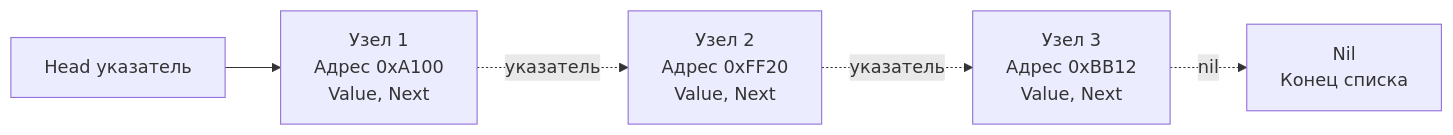
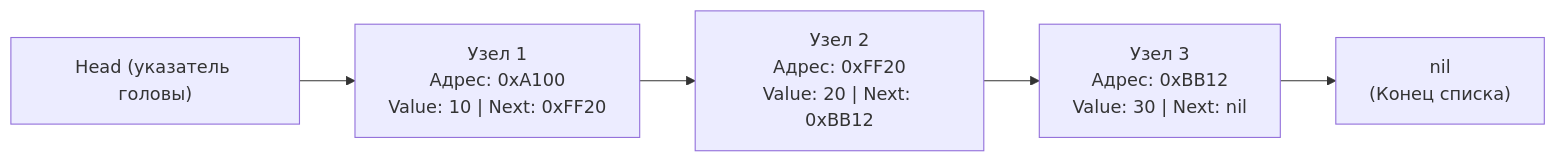
One commit to UnrealTemplier/go-textbook changed the first of 5 diagrams in sources/20. Алгоритмы и структуры данных (DSA) на Go/02. Базовые структуры данных/3. Связные списки.md. Above: the diagram before and after it, drawn with Mermaid. The commit also changed other lines of this file, not shown here.

````diff
--- a/sources/20. Алгоритмы и структуры данных (DSA) на Go/02. Базовые структуры данных/3. Связные списки.md
+++ b/sources/20. Алгоритмы и структуры данных (DSA) на Go/02. Базовые структуры данных/3. Связные списки.md
@@ -12,7 +15,7 @@
 ```mermaid
 flowchart LR
-    Head["Head указатель"] --> N1
-    N1["Узел 1<br>Адрес 0xA100<br>Value, Next"] -.->|"указатель"| N2["Узел 2<br>Адрес 0xFF20<br>Value, Next"]
-    N2 -.->|"указатель"| N3["Узел 3<br>Адрес 0xBB12<br>Value, Next"]
-    N3 -.->|"nil"| Null["Nil<br>Конец списка"]
+    Head["Head (указатель головы)"] --> N1
+    N1["Узел 1<br/>Адрес: 0xA100<br/>Value: 10 | Next: 0xFF20"] --> N2["Узел 2<br/>Адрес: 0xFF20<br/>Value: 20 | Next: 0xBB12"]
+    N2 --> N3["Узел 3<br/>Адрес: 0xBB12<br/>Value: 30 | Next: nil"]
+    N3 --> Null["nil<br/>(Конец списка)"]
 ```
````
